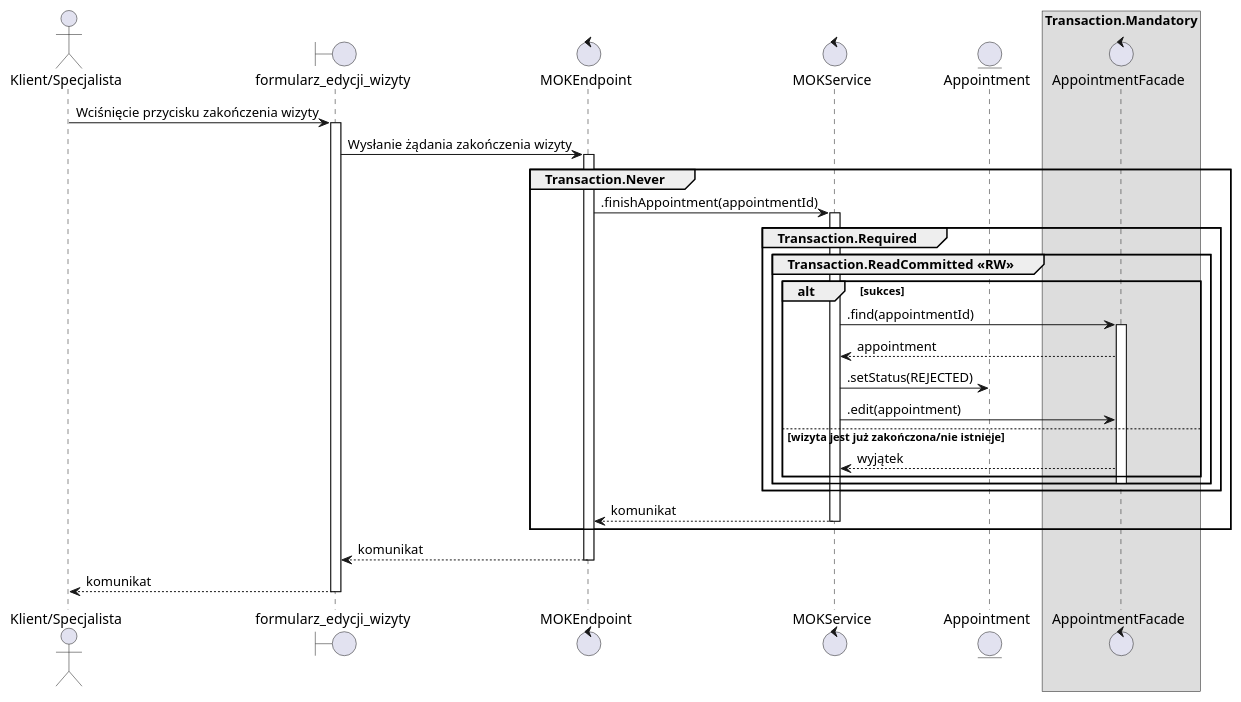
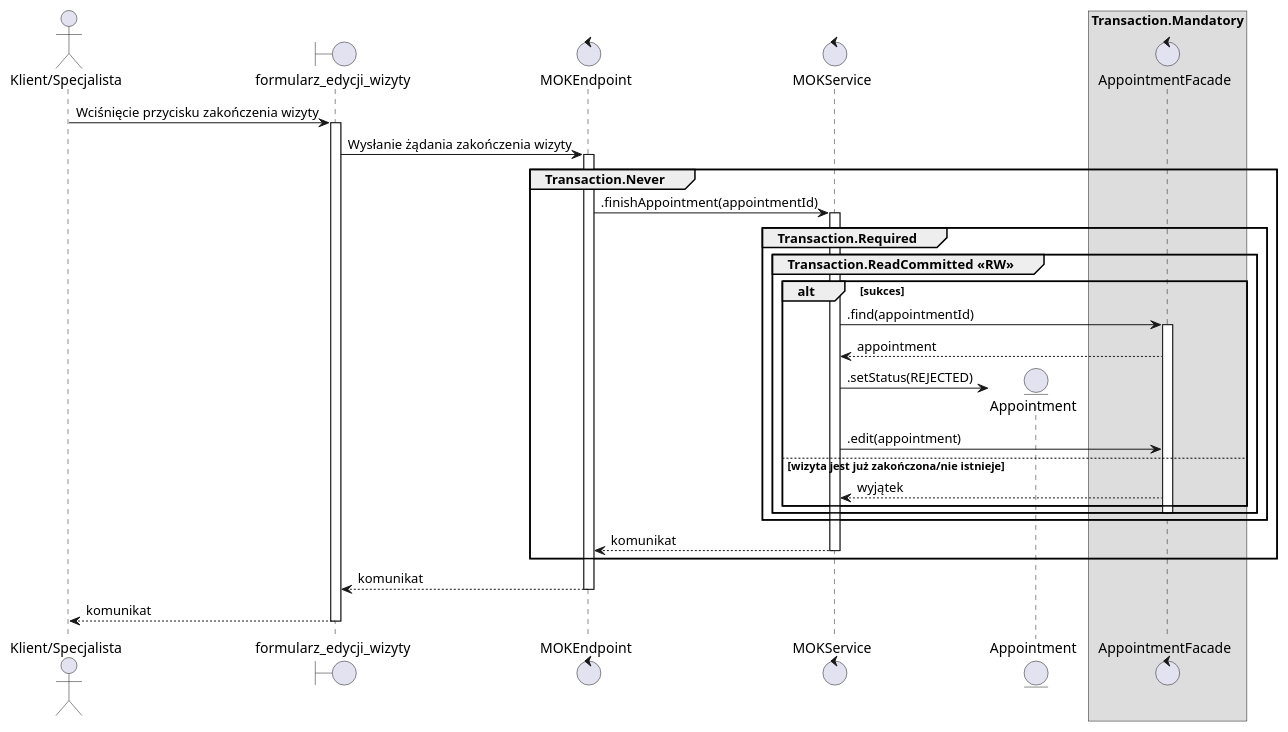
Before and after one commit to TheVivent-Politechnika-Lodzka/ssbd03_kic_uml: the diagram in src/rozdział 11/mop12.puml, drawn with PlantUML. The commit also changed 6 other files, not shown here.

```diff
--- a/src/rozdział 11/mop12.puml
+++ b/src/rozdział 11/mop12.puml
@@ -1,48 +1,48 @@
 @startuml MOP.12 - Odwołaj dowolną wizytę
 
 actor "Klient/Specjalista" as guest
 boundary formularz_edycji_wizyty as gui
 control MOKEndpoint as endpoint
 control MOKService as service
 entity Appointment as implant
 control AppointmentFacade as accFacade
 
 skinparam backgroundcolor transparent
 
 guest -> gui ++ : Wciśnięcie przycisku zakończenia wizyty
 gui -> endpoint ++ : Wysłanie żądania zakończenia wizyty
 
 group Transaction.Never
 
     endpoint -> service ++ : .finishAppointment(appointmentId)
 
     group Transaction.Required
         group Transaction.ReadCommitted <<RW>>
             box Transaction.Mandatory 
                 participant accFacade
                 alt sukces
                 service -> accFacade ++ : .find(appointmentId)
                 accFacade --> service : appointment
 
-                service -> implant : .setStatus(REJECTED)
+                service -> implant ** : .setStatus(REJECTED)
 
                 service -> accFacade : .edit(appointment)
 
                 else wizyta jest już zakończona/nie istnieje
                     accFacade --> service : wyjątek
                 end
 
                 deactivate accFacade
             end box
         end
     end
     return komunikat
 
 end
 
 return komunikat
 
 
 return komunikat
 
 @enduml
```
